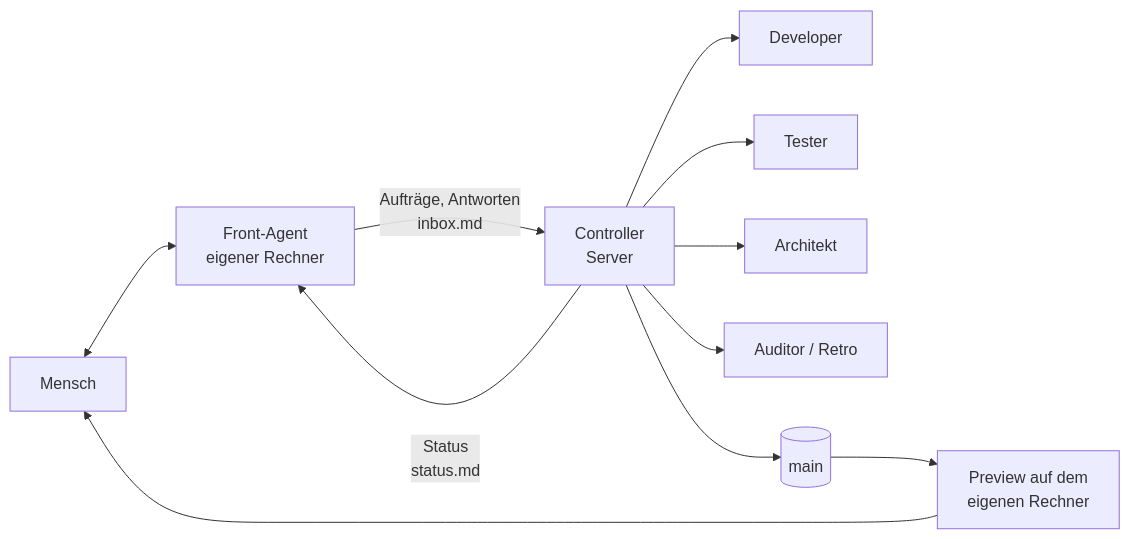
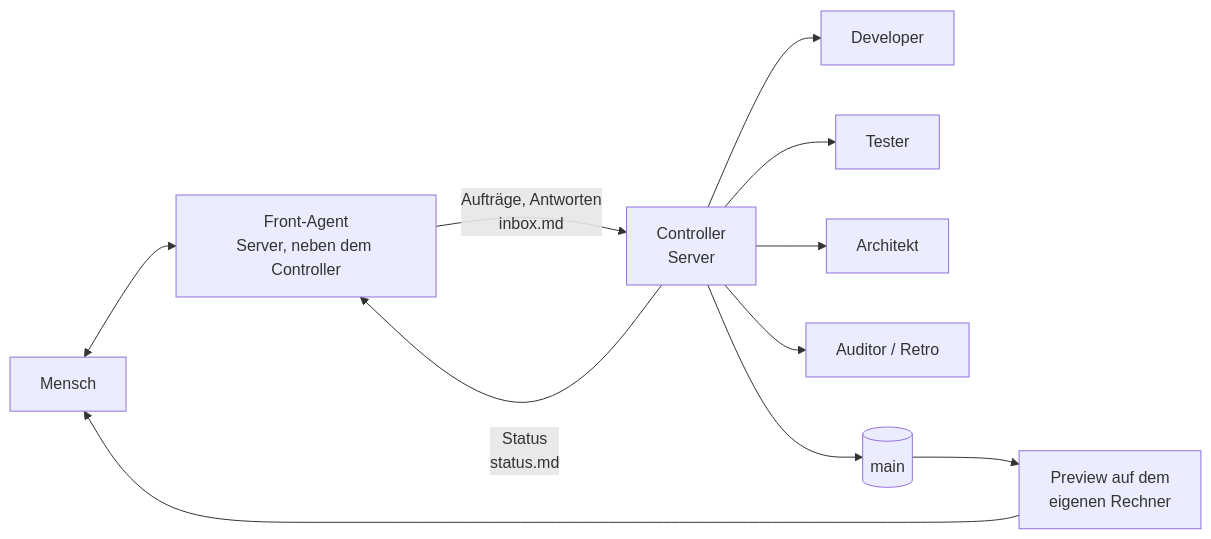
Before and after one commit to bussard76/exxperts: the first of 3 diagrams in docs/dev-workflow.md, drawn with Mermaid. The commit also changed other lines of this file and 1 other file, not shown here.

First line of the commit message:
docs: Front agent and Controller on the server (ADR-0010)

````diff
--- a/docs/dev-workflow.md
+++ b/docs/dev-workflow.md
@@ -16,13 +16,13 @@
 ```mermaid
 flowchart LR
-  S[Mensch] <--> F[Front-Agent<br/>eigener Rechner]
+  S[Mensch] <--> F[Front-Agent<br/>Server, neben dem Controller]
   F -- Aufträge, Antworten<br/>inbox.md --> C[Controller<br/>Server]
   C -- Status<br/>status.md --> F
   C --> W1[Developer]
   C --> W2[Tester]
   C --> W3[Architekt]
   C --> W4[Auditor / Retro]
   C --> M[(main)]
   M --> P[Preview auf dem<br/>eigenen Rechner]
   P --> S
 ```
````
